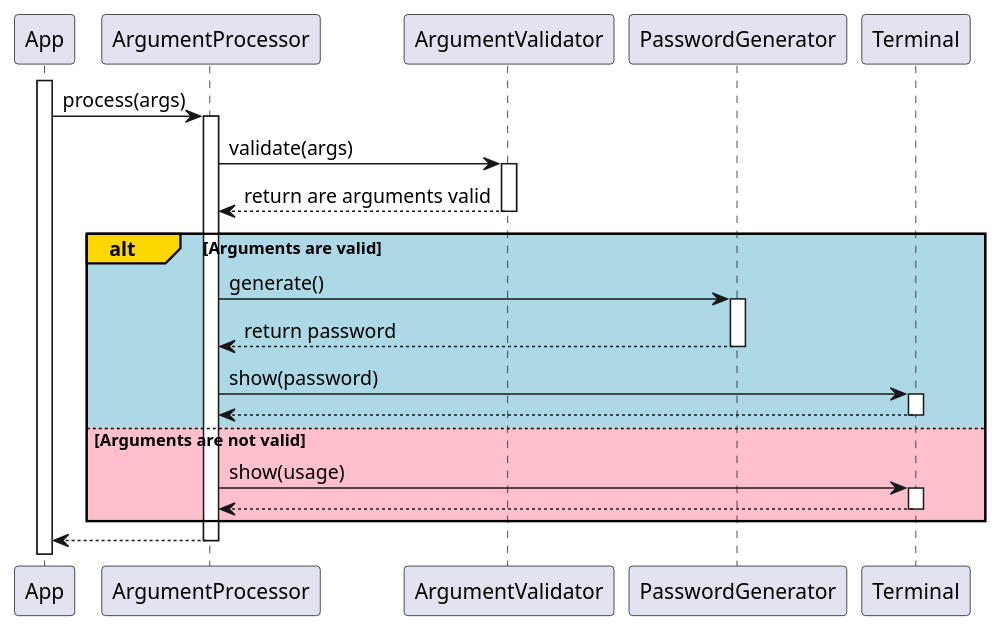
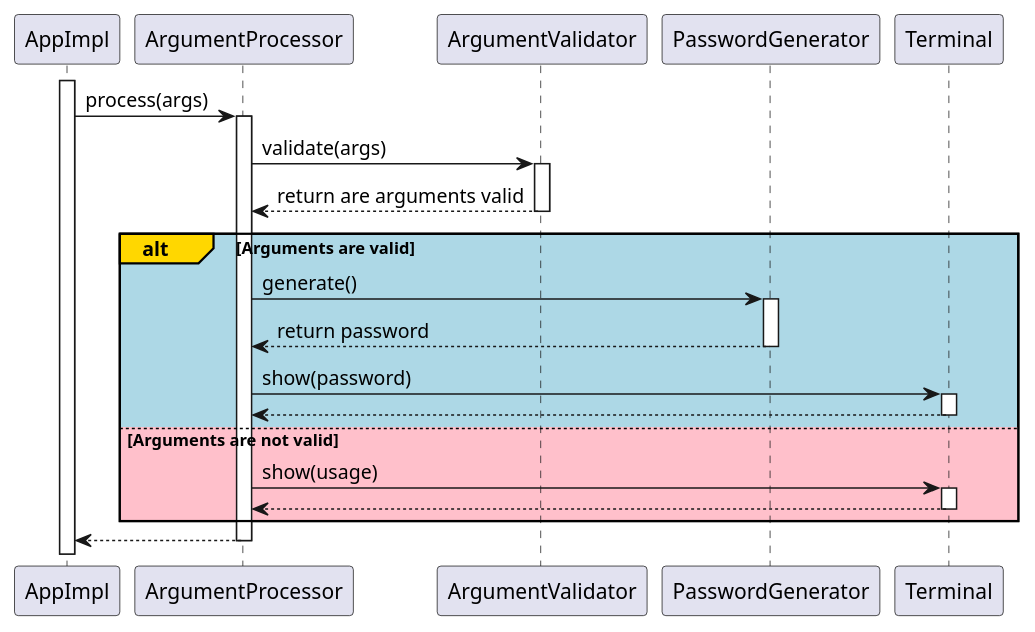
One commit to djvelimir/demo-java-cli changed the diagram in diagrams/Sequence.puml. Above: the diagram before and after it, drawn with PlantUML. The commit also changed 8 other files, not shown here.

```diff
--- a/diagrams/Sequence.puml
+++ b/diagrams/Sequence.puml
@@ -1,39 +1,39 @@
 @startuml
-participant App as app
+participant AppImpl as app
 participant ArgumentProcessor as argumentProcessor
 participant ArgumentValidator as argumentValidator
 participant PasswordGenerator as passwordGenerator
 participant Terminal as terminal
 
 activate app
 
 app -> argumentProcessor: process(args)
 activate argumentProcessor
 
 argumentProcessor -> argumentValidator: validate(args)
 activate argumentValidator
 argumentProcessor <-- argumentValidator: return are arguments valid
 deactivate argumentValidator
 
 alt#Gold #LightBlue Arguments are valid
     argumentProcessor -> passwordGenerator: generate()
     activate passwordGenerator
     argumentProcessor <-- passwordGenerator: return password
     deactivate passwordGenerator
 
     argumentProcessor -> terminal: show(password)
     activate terminal
     argumentProcessor <-- terminal
     deactivate terminal
 
 else #Pink Arguments are not valid
     argumentProcessor -> terminal: show(usage)
     activate terminal
     argumentProcessor <-- terminal
     deactivate terminal
 end
 
 app <-- argumentProcessor
 deactivate argumentProcessor
 
 @enduml
```
